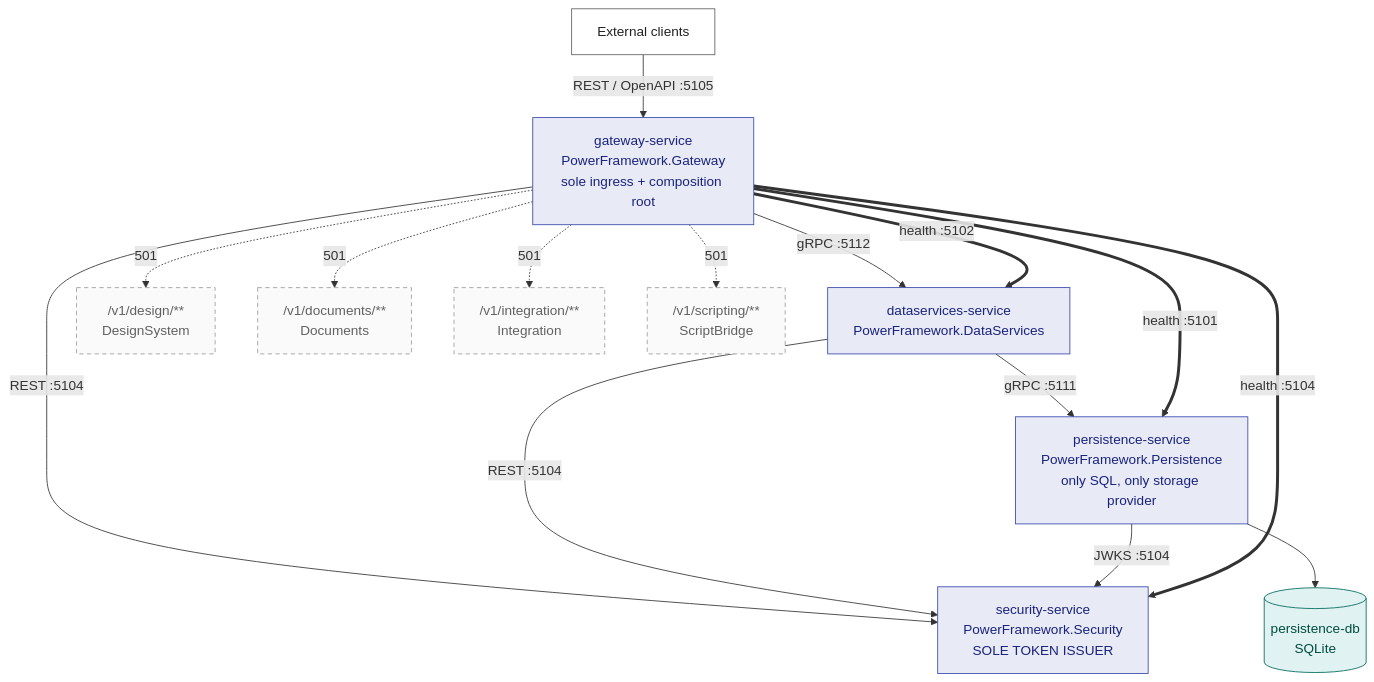
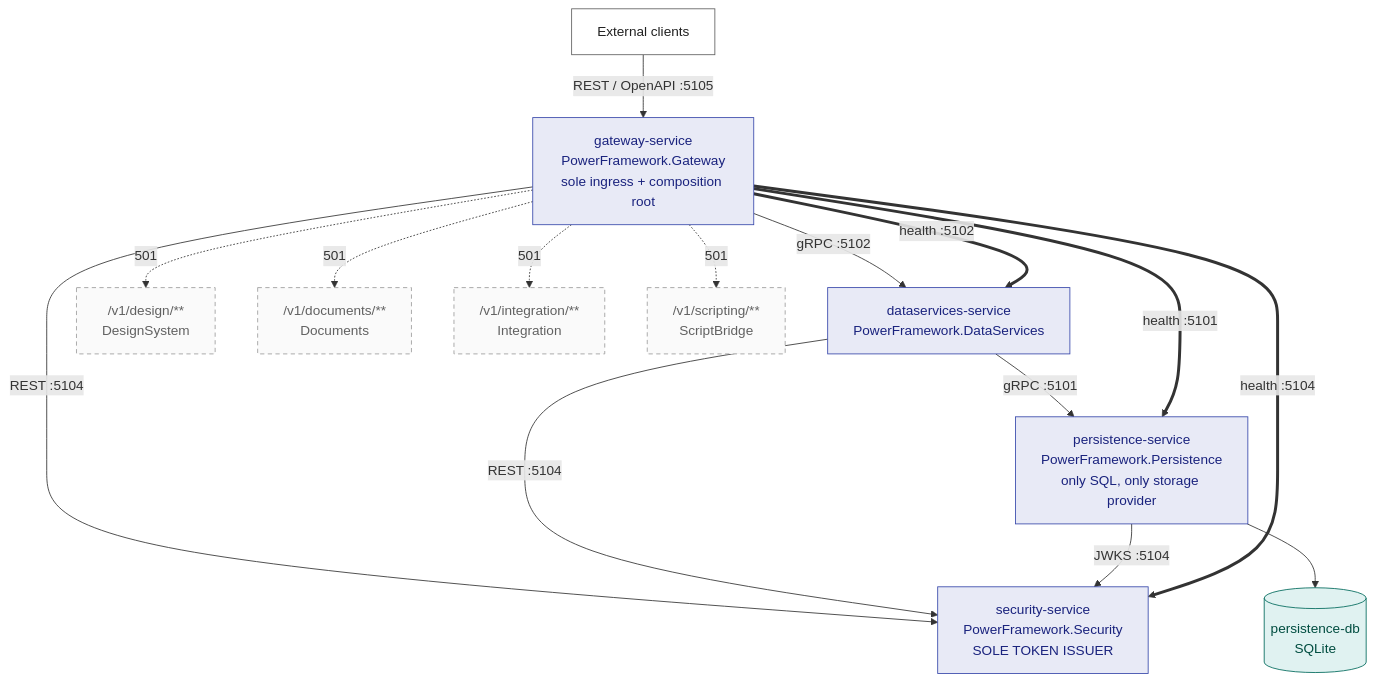
One commit to blitzy-public-samples/blitzy-pfw changed the diagram in docs/ARCHITECTURE.md. Above: the diagram before and after it, drawn with Mermaid. The commit also changed other lines of this file and 199 other files, not shown here.

````diff
--- a/docs/ARCHITECTURE.md
+++ b/docs/ARCHITECTURE.md
@@ -331,41 +334,41 @@
 ```mermaid
 graph TB
     EXT["External clients"]
     GW["gateway-service<br/>PowerFramework.Gateway<br/>sole ingress + composition root"]
     DS["dataservices-service<br/>PowerFramework.DataServices"]
     PER["persistence-service<br/>PowerFramework.Persistence<br/>only SQL, only storage provider"]
     SEC["security-service<br/>PowerFramework.Security<br/>SOLE TOKEN ISSUER"]
     DB[("persistence-db<br/>SQLite")]
 
     EXT -->|"REST / OpenAPI :5105"| GW
-    GW -->|"gRPC :5112"| DS
+    GW -->|"gRPC :5102"| DS
     GW -->|"REST :5104"| SEC
-    DS -->|"gRPC :5111"| PER
+    DS -->|"gRPC :5101"| PER
     DS -->|"REST :5104"| SEC
     PER -->|"JWKS :5104"| SEC
     PER --> DB
 
     GW ==>|"health :5101"| PER
     GW ==>|"health :5102"| DS
     GW ==>|"health :5104"| SEC
 
     D1["/v1/design/**<br/>DesignSystem"]
     D2["/v1/documents/**<br/>Documents"]
     D3["/v1/integration/**<br/>Integration"]
     D4["/v1/scripting/**<br/>ScriptBridge"]
 
     GW -.->|"501"| D1
     GW -.->|"501"| D2
     GW -.->|"501"| D3
     GW -.->|"501"| D4
 
     classDef built fill:#e8eaf6,stroke:#3949ab,stroke-width:1px,color:#1a237e
     classDef store fill:#e0f2f1,stroke:#00695c,stroke-width:1px,color:#004d40
     classDef reserved fill:#fafafa,stroke:#9e9e9e,stroke-width:1px,stroke-dasharray:5 4,color:#616161
     classDef ext fill:#ffffff,stroke:#616161,stroke-width:1px,color:#212121
 
     class GW,DS,PER,SEC built
     class DB store
     class D1,D2,D3,D4 reserved
     class EXT ext
 ```
````
